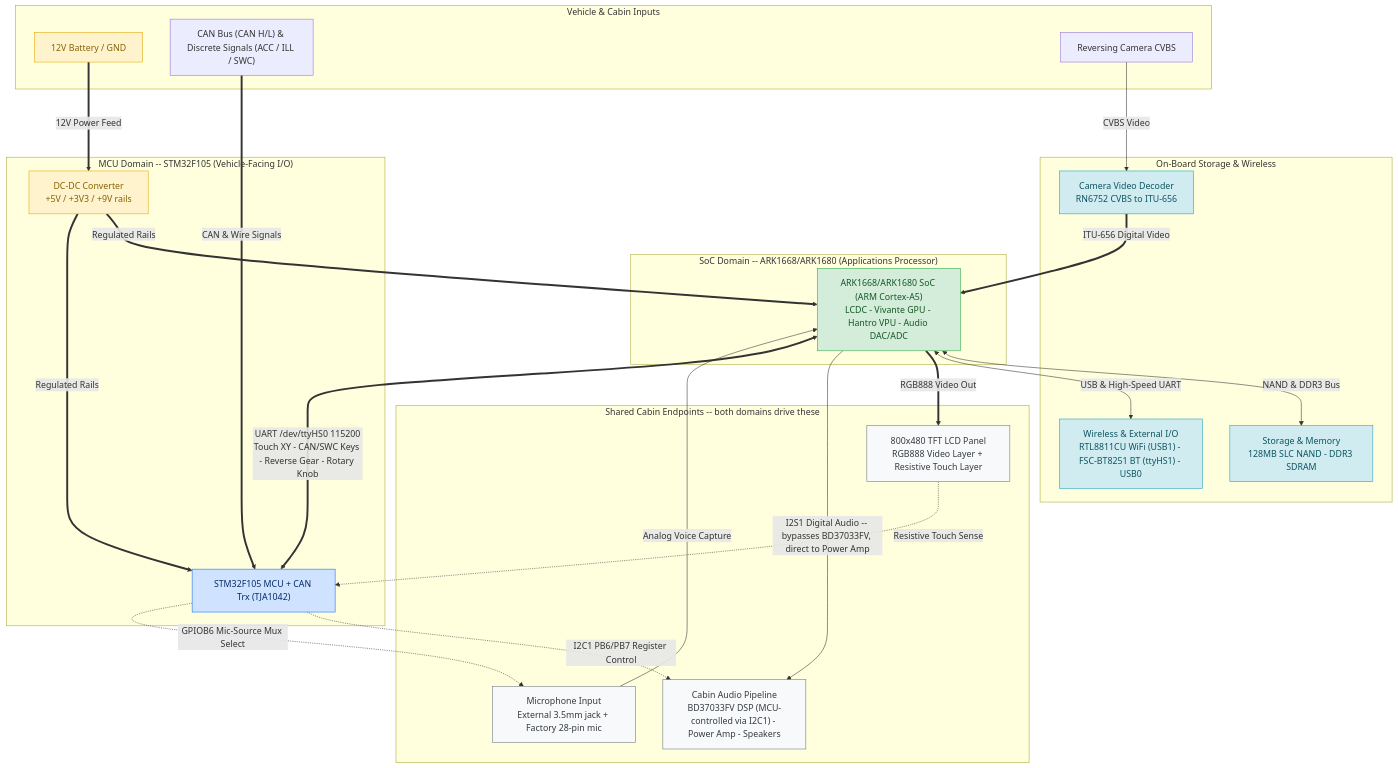
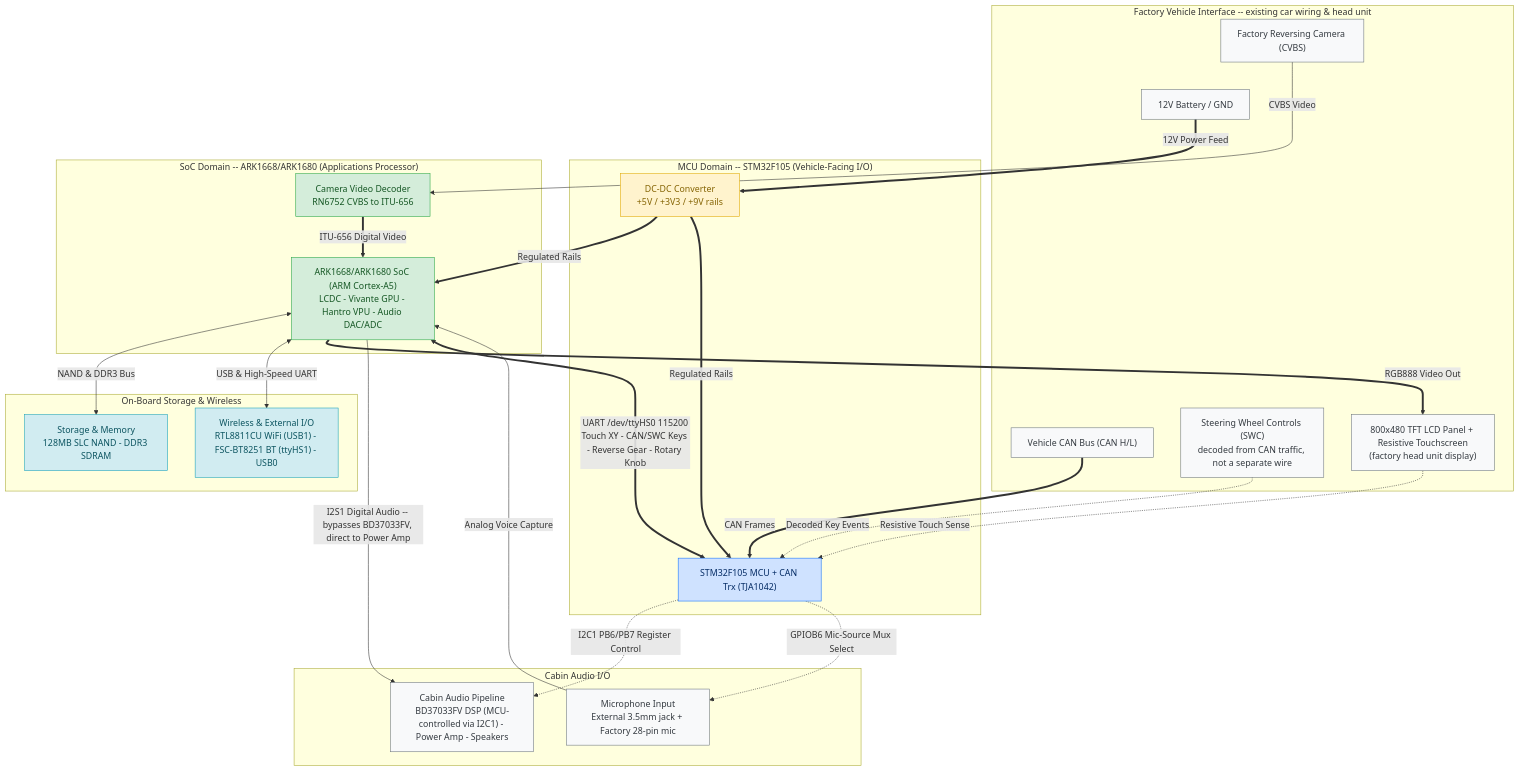
One commit to yogihybo/Limcet-P305-Box-Android-Auto-Carplay changed the second of 3 diagrams in README.md. Above: the diagram before and after it, drawn with Mermaid. The commit also changed other lines of this file, not shown here.

````diff
--- a/README.md
+++ b/README.md
@@ -108,62 +108,70 @@
 ```mermaid
 flowchart TD
-    subgraph VEH["Vehicle & Cabin Inputs"]
+    subgraph FACTORY["Factory Vehicle Interface -- existing car wiring & head unit"]
         PowerIn["12V Battery / GND"]
-        VehicleBus["CAN Bus (CAN H/L) & Discrete Signals (ACC / ILL / SWC)"]
-        MediaIn["Reversing Camera CVBS"]
+        CANBus["Vehicle CAN Bus (CAN H/L)"]
+        SWCKeys["Steering Wheel Controls (SWC)<br/>decoded from CAN traffic, not a separate wire"]
+        CamFactory["Factory Reversing Camera (CVBS)"]
+        LCDPanel["800x480 TFT LCD Panel + Resistive Touchscreen<br/>(factory head unit display)"]
     end
 
     subgraph MCUD["MCU Domain -- STM32F105 (Vehicle-Facing I/O)"]
         DCDC["DC-DC Converter<br/>+5V / +3V3 / +9V rails"]
         MCUHub["STM32F105 MCU + CAN Trx (TJA1042)"]
     end
 
     subgraph SOCD["SoC Domain -- ARK1668/ARK1680 (Applications Processor)"]
         ARKBrain["ARK1668/ARK1680 SoC (ARM Cortex-A5)<br/>LCDC - Vivante GPU - Hantro VPU - Audio DAC/ADC"]
+        CamDec["Camera Video Decoder<br/>RN6752 CVBS to ITU-656"]
     end
 
     subgraph PERIPH["On-Board Storage & Wireless"]
         Memory["Storage & Memory<br/>128MB SLC NAND - DDR3 SDRAM"]
         Wireless["Wireless & External I/O<br/>RTL8811CU WiFi (USB1) - FSC-BT8251 BT (ttyHS1) - USB0"]
-        CamDec["Camera Video Decoder<br/>RN6752 CVBS to ITU-656"]
     end
 
-    subgraph OUT["Shared Cabin Endpoints -- both domains drive these"]
-        DisplayOut["800x480 TFT LCD Panel<br/>RGB888 Video Layer + Resistive Touch Layer"]
+    subgraph CABIN["Cabin Audio I/O"]
         AudioOut["Cabin Audio Pipeline<br/>BD37033FV DSP (MCU-controlled via I2C1) - Power Amp - Speakers"]
         MicIn["Microphone Input<br/>External 3.5mm jack + Factory 28-pin mic"]
     end
 
+    %% Factory Vehicle Interface -> whichever domain actually owns each signal
     PowerIn ==>|12V Power Feed| DCDC
+    CANBus ==>|CAN Frames| MCUHub
+    SWCKeys -.->|Decoded Key Events| MCUHub
+    CamFactory --->|CVBS Video| CamDec
+    LCDPanel -.->|Resistive Touch Sense| MCUHub
+
+    %% Power distribution
     DCDC ==>|Regulated Rails| ARKBrain
     DCDC ==>|Regulated Rails| MCUHub
 
-    VehicleBus ==>|CAN & Wire Signals| MCUHub
-    MediaIn --->|CVBS Video| CamDec
-
+    %% The single chokepoint: MCU <-> SoC
     MCUHub <==>|"UART /dev/ttyHS0 115200<br/>Touch XY - CAN/SWC Keys - Reverse Gear - Rotary Knob"| ARKBrain
 
+    %% SoC -> storage/wireless
     ARKBrain <-->|NAND & DDR3 Bus| Memory
     ARKBrain <-->|USB & High-Speed UART| Wireless
     CamDec ==>|ITU-656 Digital Video| ARKBrain
 
-    ARKBrain ==>|RGB888 Video Out| DisplayOut
+    %% SoC/MCU -> factory display & cabin audio/mic (the physical endpoints both domains drive)
+    ARKBrain ==>|RGB888 Video Out| LCDPanel
     ARKBrain --->|"I2S1 Digital Audio -- bypasses BD37033FV, direct to Power Amp"| AudioOut
     MicIn --->|Analog Voice Capture| ARKBrain
-
-    DisplayOut -.->|Resistive Touch Sense| MCUHub
     MCUHub -.->|I2C1 PB6/PB7 Register Control| AudioOut
     MCUHub -.->|GPIOB6 Mic-Source Mux Select| MicIn
 
     classDef soc fill:#d4edda,stroke:#28a745,color:#155724
     classDef mcu fill:#cfe2ff,stroke:#0d6efd,color:#052c65
     classDef storage fill:#d1ecf1,stroke:#17a2b8,color:#0c5460
     classDef power fill:#fff3cd,stroke:#e0a800,color:#856404
+    classDef factory fill:#f8f9fa,stroke:#6c757d,color:#343a40
     classDef shared fill:#f8f9fa,stroke:#6c757d,color:#343a40
 
-    class ARKBrain soc
+    class ARKBrain,CamDec soc
     class MCUHub mcu
-    class Memory,Wireless,CamDec storage
-    class DCDC,PowerIn power
-    class DisplayOut,AudioOut,MicIn shared
+    class Memory,Wireless storage
+    class DCDC power
+    class PowerIn,CANBus,SWCKeys,CamFactory,LCDPanel factory
+    class AudioOut,MicIn shared
 ```
````
